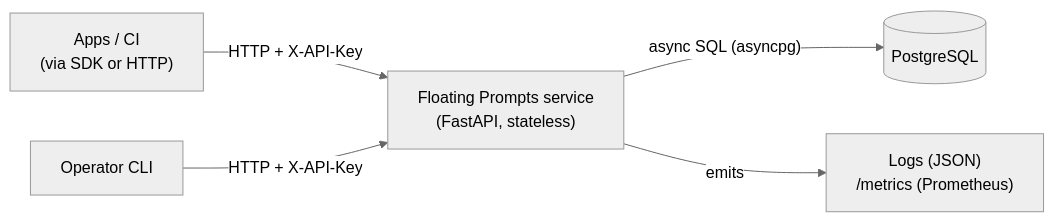
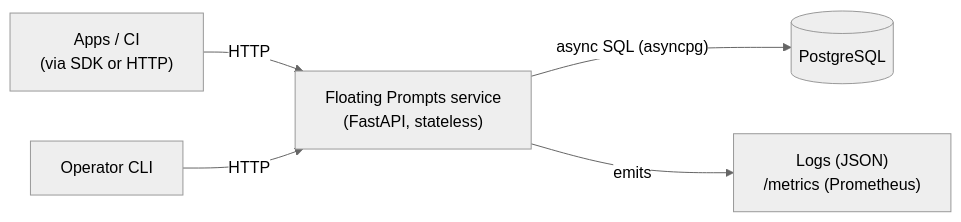
One commit to DimitarAtanassov/floating_prompts changed the first of 5 diagrams in docs/ARCHITECTURE.md. Above: the diagram before and after it, drawn with Mermaid (neutral theme). The commit also changed other lines of this file and 51 other files, not shown here.

````diff
--- a/docs/ARCHITECTURE.md
+++ b/docs/ARCHITECTURE.md
@@ -37,13 +35,13 @@
 ```mermaid
 flowchart LR
     apps["Apps / CI<br/>(via SDK or HTTP)"]
     cli["Operator CLI"]
     svc["Floating Prompts service<br/>(FastAPI, stateless)"]
     db[("PostgreSQL")]
     obs["Logs (JSON)<br/>/metrics (Prometheus)"]
 
-    apps -- "HTTP + X-API-Key" --> svc
-    cli -- "HTTP + X-API-Key" --> svc
+    apps -- "HTTP" --> svc
+    cli -- "HTTP" --> svc
     svc -- "async SQL (asyncpg)" --> db
     svc -- emits --> obs
 ```
````
